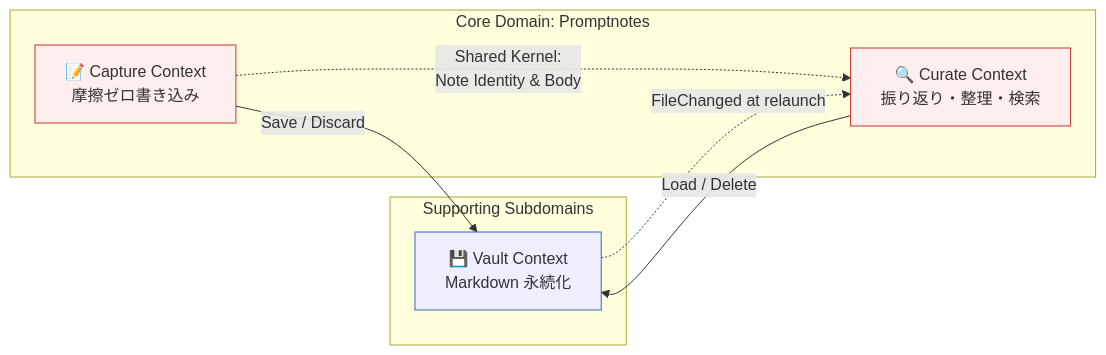
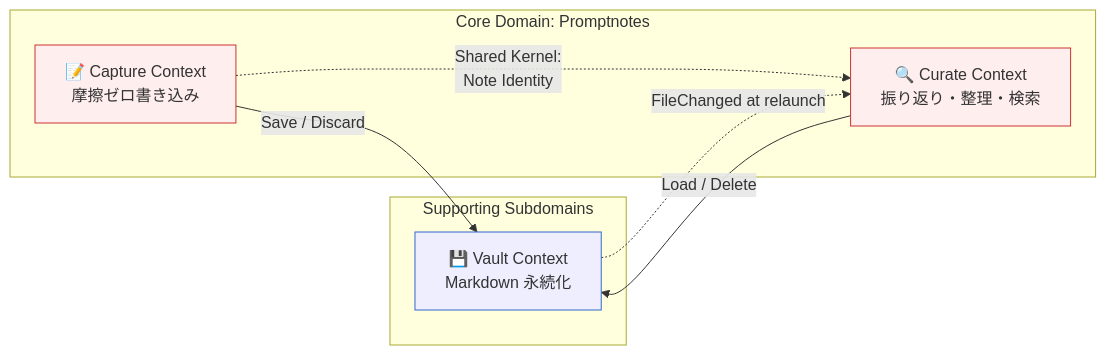
The diagram in docs/domain/bounded-contexts.md (dev-komenzar/promptnotes-vcsdd), drawn with Mermaid before and after one commit. The commit also changed other lines of this file and 2 other files, not shown here.

````diff
--- a/docs/domain/bounded-contexts.md
+++ b/docs/domain/bounded-contexts.md
@@ -5,21 +5,21 @@
 ```mermaid
 graph LR
   subgraph Core["Core Domain: Promptnotes"]
     Capture["📝 Capture Context<br/>摩擦ゼロ書き込み"]
     Curate["🔍 Curate Context<br/>振り返り・整理・検索"]
   end
 
   subgraph Supporting["Supporting Subdomains"]
     Vault["💾 Vault Context<br/>Markdown 永続化"]
   end
 
   Capture -->|"Save / Discard"| Vault
   Curate -->|"Load / Delete"| Vault
-  Capture -.->|"Shared Kernel:<br/>Note Identity & Body"| Curate
+  Capture -.->|"Shared Kernel:<br/>Note Identity"| Curate
   Vault -.->|"FileChanged at relaunch"| Curate
 
   classDef core fill:#fee,stroke:#c33
   classDef sup fill:#eef,stroke:#36c
   class Capture,Curate core
   class Vault sup
 ```
````
